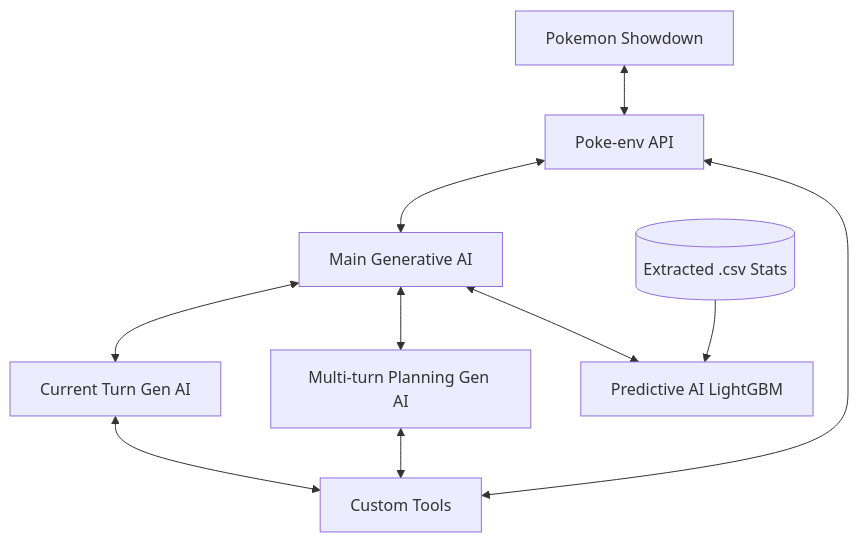
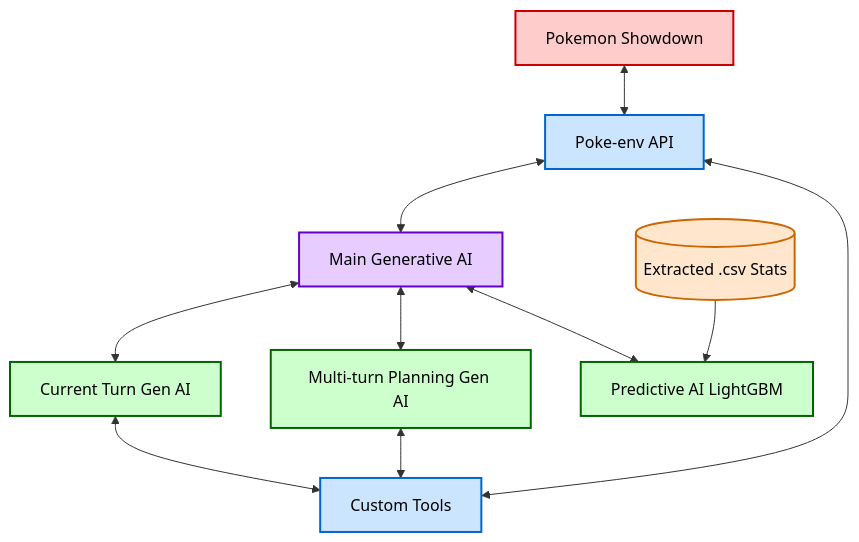
One commit to Anhilyx/Pokestral-V2 changed the diagram in README.md. Above: the diagram before and after it, drawn with Mermaid. The commit also changed other lines of this file, not shown here.

````diff
--- a/README.md
+++ b/README.md
@@ -32,15 +32,30 @@
 ```mermaid
 graph TD
+    %% Définition des palettes de couleurs
+    classDef env fill:#ffcccc,stroke:#cc0000,stroke-width:2px,color:#000
+    classDef api fill:#cce5ff,stroke:#0066cc,stroke-width:2px,color:#000
+    classDef mainAI fill:#e6ccff,stroke:#6600cc,stroke-width:2px,color:#000
+    classDef subAI fill:#ccffcc,stroke:#006600,stroke-width:2px,color:#000
+    classDef data fill:#ffe6cc,stroke:#cc6600,stroke-width:2px,color:#000
+
+    %% Structure du graphe
     SD[Pokemon Showdown] <--> PE[Poke-env API]
     PE <--> MainAI[Main Generative AI]
 
     MainAI <--> CurrentTurnAI[Current Turn Gen AI]
     MainAI <--> PlanningAI[Multi-turn Planning Gen AI]
     MainAI <--> PredAI[Predictive AI LightGBM]
 
     CurrentTurnAI <--> Tools[Custom Tools]
     PlanningAI <--> Tools
     Tools <--> PE
 
     CSV[(Extracted .csv Stats)] --> PredAI
+
+    %% Application des couleurs aux nœuds correspondants
+    class SD env;
+    class PE,Tools api;
+    class MainAI mainAI;
+    class CurrentTurnAI,PlanningAI,PredAI subAI;
+    class CSV data;
 ```
````
